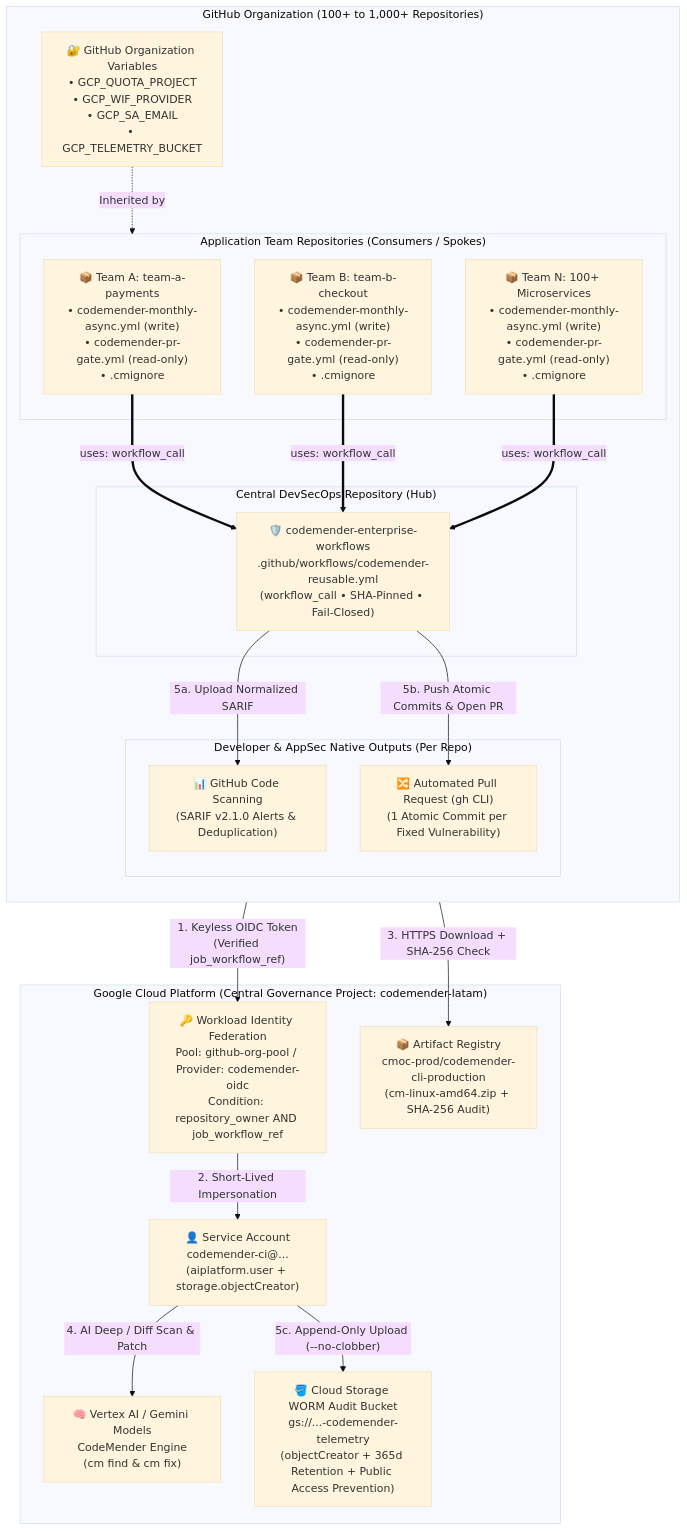
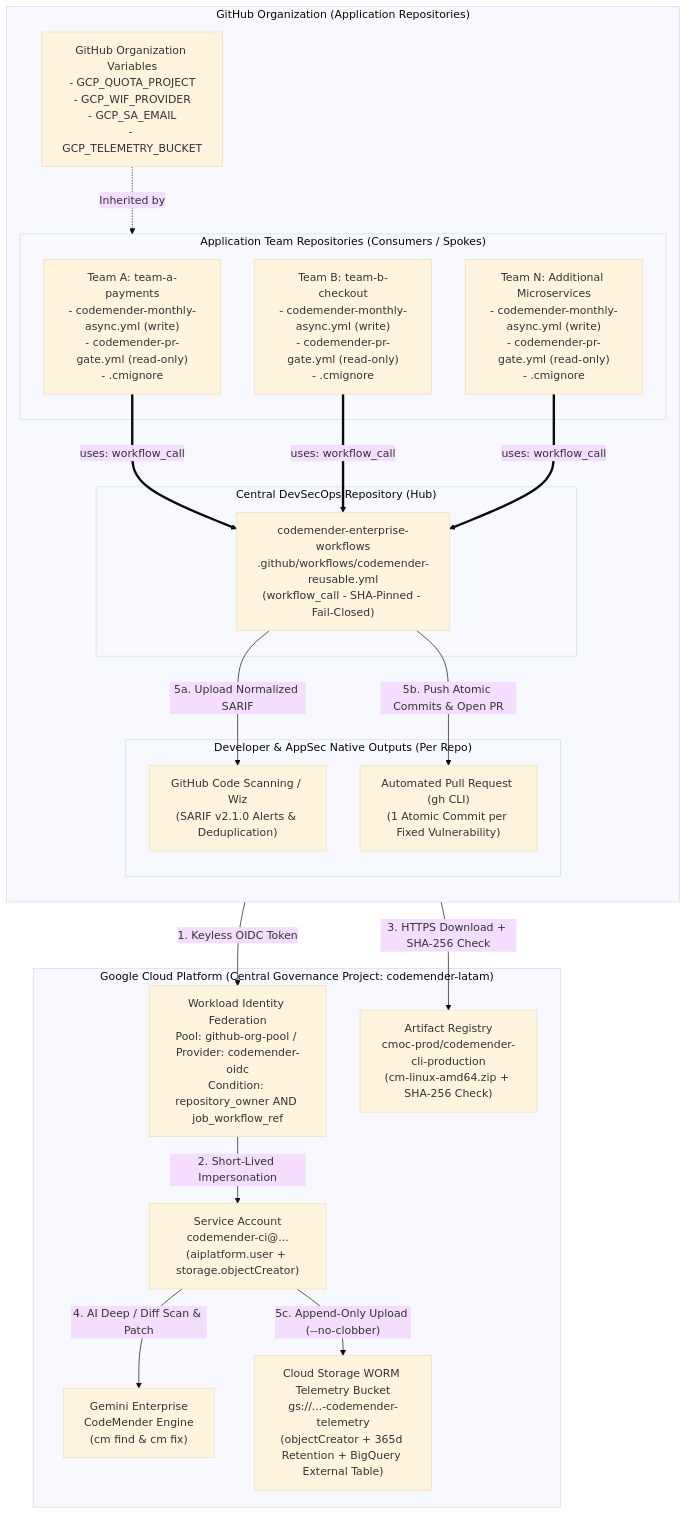
Before and after one commit to Cotomacio/codemender-enterprise-workflows: the first of 2 diagrams in docs/ENTERPRISE_ARCHITECTURE_GUIDE.md, drawn with Mermaid (base theme). The commit also changed other lines of this file and 6 other files, not shown here.

Commit message:
docs &ops: align Gemini Enterprise nomenclature, Wiz positioning, repo-agnostic language, operator pre-flight checks, and fix Mermaid sequenceDiagram

````diff
--- a/docs/ENTERPRISE_ARCHITECTURE_GUIDE.md
+++ b/docs/ENTERPRISE_ARCHITECTURE_GUIDE.md
@@ -34,40 +33,40 @@
 ```mermaid
 flowchart TB
-    subgraph GH_ORG["GitHub Organization (100+ to 1,000+ Repositories)"]
+    subgraph GH_ORG["GitHub Organization (Application Repositories)"]
         direction TB
-        ORG_VARS["🔐 GitHub Organization Variables\n• GCP_QUOTA_PROJECT\n• GCP_WIF_PROVIDER\n• GCP_SA_EMAIL\n• GCP_TELEMETRY_BUCKET"]
+        ORG_VARS["GitHub Organization Variables<br/>- GCP_QUOTA_PROJECT<br/>- GCP_WIF_PROVIDER<br/>- GCP_SA_EMAIL<br/>- GCP_TELEMETRY_BUCKET"]
 
         subgraph SPOKES["Application Team Repositories (Consumers / Spokes)"]
-            TEAM_A["📦 Team A: team-a-payments\n• codemender-monthly-async.yml (write)\n• codemender-pr-gate.yml (read-only)\n• .cmignore"]
-            TEAM_B["📦 Team B: team-b-checkout\n• codemender-monthly-async.yml (write)\n• codemender-pr-gate.yml (read-only)\n• .cmignore"]
-            TEAM_N["📦 Team N: 100+ Microservices\n• codemender-monthly-async.yml (write)\n• codemender-pr-gate.yml (read-only)\n• .cmignore"]
+            TEAM_A["Team A: team-a-payments<br/>- codemender-monthly-async.yml (write)<br/>- codemender-pr-gate.yml (read-only)<br/>- .cmignore"]
+            TEAM_B["Team B: team-b-checkout<br/>- codemender-monthly-async.yml (write)<br/>- codemender-pr-gate.yml (read-only)<br/>- .cmignore"]
+            TEAM_N["Team N: Additional Microservices<br/>- codemender-monthly-async.yml (write)<br/>- codemender-pr-gate.yml (read-only)<br/>- .cmignore"]
         end
 
         subgraph HUB["Central DevSecOps Repository (Hub)"]
-            REUSABLE["🛡️ codemender-enterprise-workflows\n.github/workflows/codemender-reusable.yml\n(workflow_call • SHA-Pinned • Fail-Closed)"]
+            REUSABLE["codemender-enterprise-workflows<br/>.github/workflows/codemender-reusable.yml<br/>(workflow_call - SHA-Pinned - Fail-Closed)"]
         end
 
         subgraph OUTPUTS["Developer & AppSec Native Outputs (Per Repo)"]
-            SARIF_OUT["📊 GitHub Code Scanning\n(SARIF v2.1.0 Alerts & Deduplication)"]
-            AUTO_PR["🔀 Automated Pull Request (gh CLI)\n(1 Atomic Commit per Fixed Vulnerability)"]
+            SARIF_OUT["GitHub Code Scanning / Wiz<br/>(SARIF v2.1.0 Alerts & Deduplication)"]
+            AUTO_PR["Automated Pull Request (gh CLI)<br/>(1 Atomic Commit per Fixed Vulnerability)"]
         end
     end
 
     subgraph GCP["Google Cloud Platform (Central Governance Project: codemender-latam)"]
-        WIF["🔑 Workload Identity Federation\nPool: github-org-pool / Provider: codemender-oidc\nCondition: repository_owner AND job_workflow_ref"]
-        SA["👤 Service Account\ncodemender-ci@...\n(aiplatform.user + storage.objectCreator)"]
-        AR["📦 Artifact Registry\ncmoc-prod/codemender-cli-production\n(cm-linux-amd64.zip + SHA-256 Audit)"]
-        VERTEX["🧠 Vertex AI / Gemini Models\nCodeMender Engine\n(cm find & cm fix)"]
-        GCS["🪣 Cloud Storage WORM Audit Bucket\ngs://...-codemender-telemetry\n(objectCreator + 365d Retention + Public Access Prevention)"]
+        WIF["Workload Identity Federation<br/>Pool: github-org-pool / Provider: codemender-oidc<br/>Condition: repository_owner AND job_workflow_ref"]
+        SA["Service Account<br/>codemender-ci@...<br/>(aiplatform.user + storage.objectCreator)"]
+        AR["Artifact Registry<br/>cmoc-prod/codemender-cli-production<br/>(cm-linux-amd64.zip + SHA-256 Check)"]
+        GEMINI["Gemini Enterprise<br/>CodeMender Engine<br/>(cm find & cm fix)"]
+        GCS["Cloud Storage WORM Telemetry Bucket<br/>gs://...-codemender-telemetry<br/>(objectCreator + 365d Retention + BigQuery External Table)"]
     end
 
     ORG_VARS -.->|"Inherited by"| SPOKES
     TEAM_A & TEAM_B & TEAM_N ==>|"uses: workflow_call"| REUSABLE
-    REUSABLE -->|"1. Keyless OIDC Token\n(Verified job_workflow_ref)"| WIF
+    REUSABLE -->|"1. Keyless OIDC Token"| WIF
     WIF -->|"2. Short-Lived Impersonation"| SA
     REUSABLE -->|"3. HTTPS Download + SHA-256 Check"| AR
-    SA -->|"4. AI Deep / Diff Scan & Patch"| VERTEX
+    SA -->|"4. AI Deep / Diff Scan & Patch"| GEMINI
     REUSABLE -->|"5a. Upload Normalized SARIF"| SARIF_OUT
     REUSABLE -->|"5b. Push Atomic Commits & Open PR"| AUTO_PR
     SA -->|"5c. Append-Only Upload (--no-clobber)"| GCS
 ```
````
